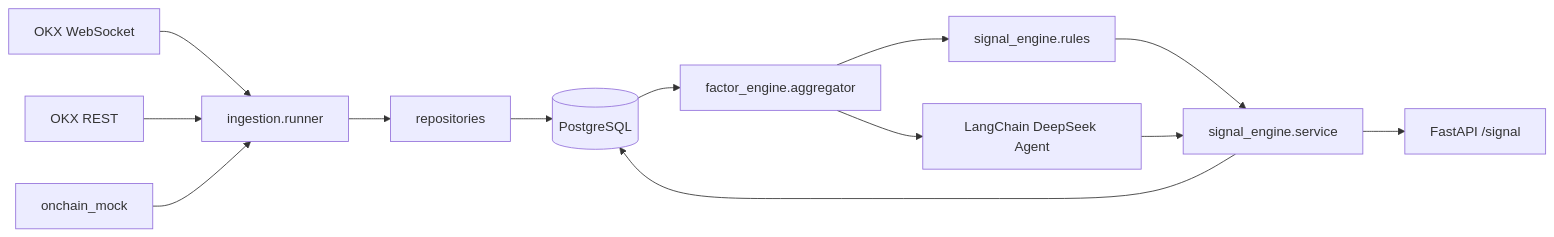
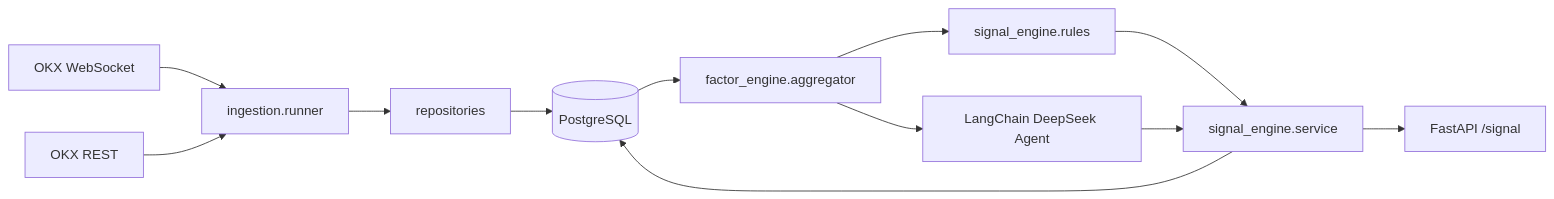
One commit to Emperorywh/usdt-rmb-python changed the diagram in README.md. Above: the diagram before and after it, drawn with Mermaid. The commit also changed other lines of this file and 37 other files, not shown here.

````diff
--- a/README.md
+++ b/README.md
@@ -35,15 +37,14 @@
 ```mermaid
 flowchart LR
     OKXWS[OKX WebSocket] --> Ingest[ingestion.runner]
     OKXREST[OKX REST] --> Ingest
-    Onchain[onchain_mock] --> Ingest
     Ingest --> Repos[repositories]
     Repos --> PG[(PostgreSQL)]
     PG --> Agg[factor_engine.aggregator]
     Agg --> Rules[signal_engine.rules]
     Agg --> LLM[LangChain DeepSeek Agent]
     Rules --> SigSvc[signal_engine.service]
     LLM --> SigSvc
     SigSvc --> PG
     SigSvc --> API[FastAPI /signal]
 ```
````
